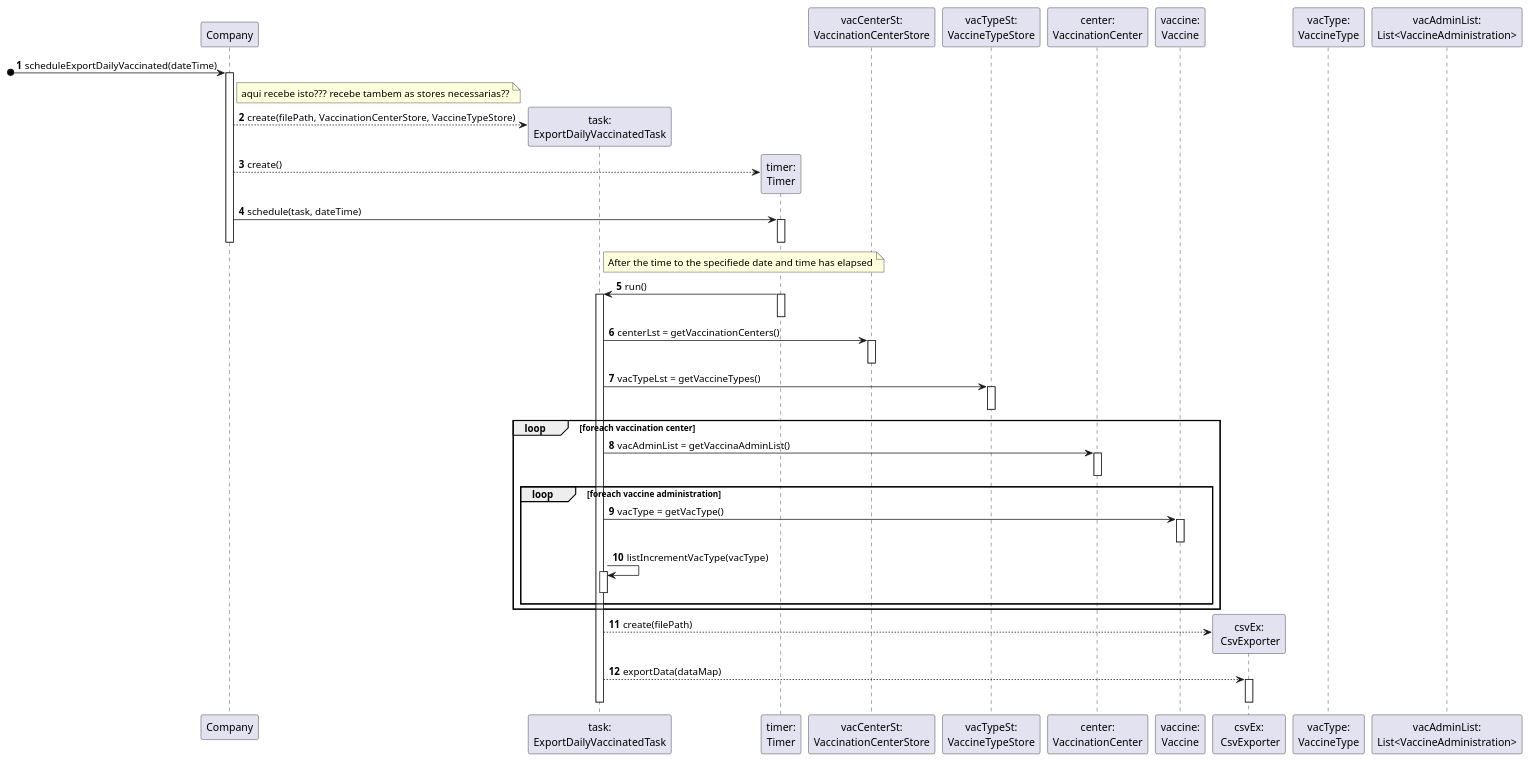
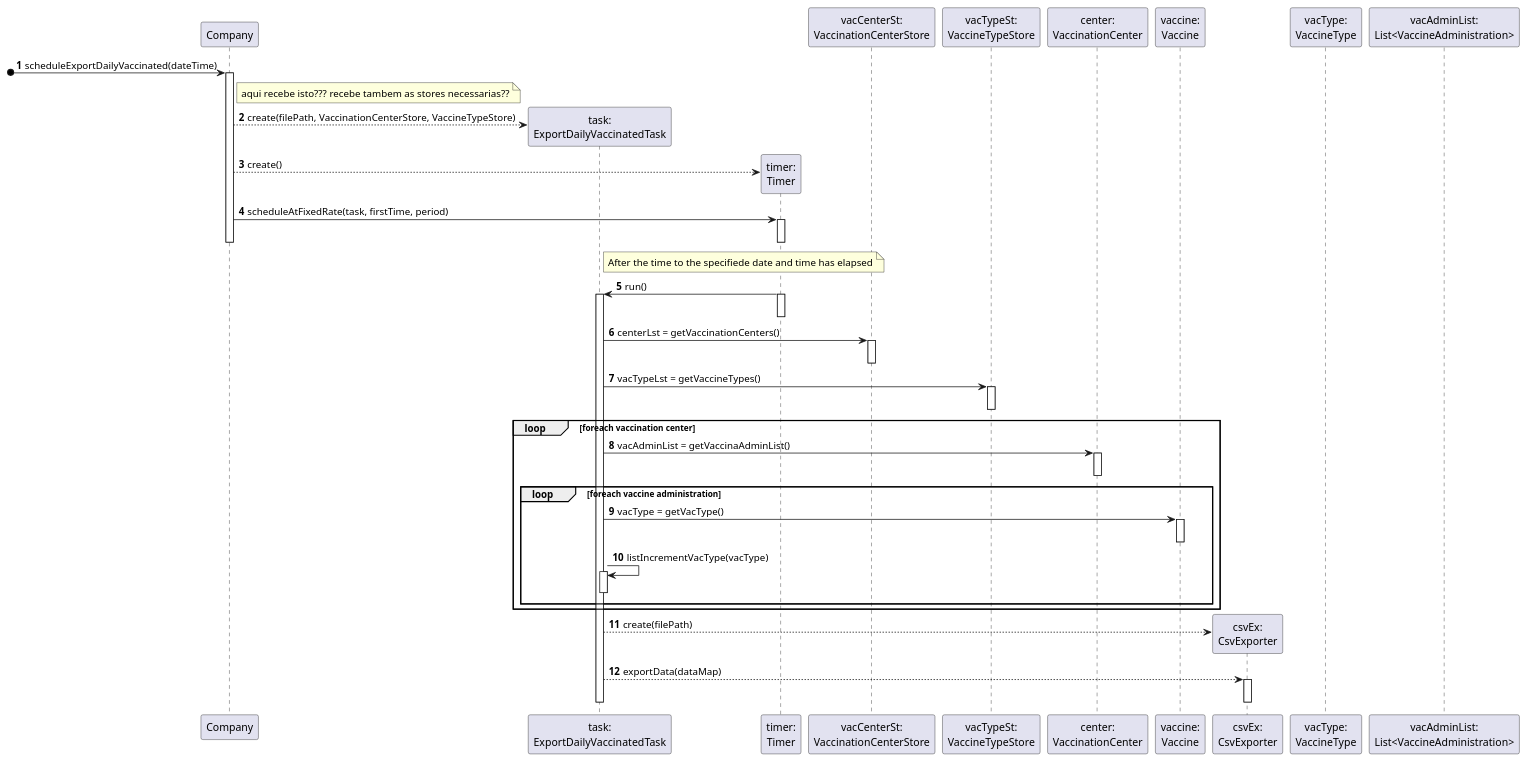
One commit to miseEnPlace-i/lapr2 changed the diagram in docs/SprintD/US06/SD/US06_SD.puml. Above: the diagram before and after it, drawn with PlantUML. The commit also changed 1 other file, not shown here.

```diff
--- a/docs/SprintD/US06/SD/US06_SD.puml
+++ b/docs/SprintD/US06/SD/US06_SD.puml
@@ -1,76 +1,76 @@
 @startuml
 autonumber
 'hide footbox
 
 participant "Company" as COMP
 participant "task:\nExportDailyVaccinatedTask" as TASK
 participant "timer:\nTimer" as TIMER
 participant "vacCenterSt:\nVaccinationCenterStore" as VCST
 participant "vacTypeSt:\nVaccineTypeStore" as VTST
 participant "center:\nVaccinationCenter" as CENTER
 participant "vaccine:\nVaccine" as VAC
-participant "csvEx:\n CsvExporter" as CSVEX
+participant "csvEx:\nCsvExporter" as CSVEX
 participant "vacType:\nVaccineType" as VACTYPE
 participant "vacAdminList:\nList<VaccineAdministration>" as VALST
 
 
 
     [o-> COMP : scheduleExportDailyVaccinated(dateTime)
     activate COMP
 
         note right of COMP
             aqui recebe isto??? recebe tambem as stores necessarias??
         end note 
         COMP --> TASK ** : create(filePath, VaccinationCenterStore, VaccineTypeStore)
 
         COMP --> TIMER ** : create()
 
-        COMP -> TIMER : schedule(task, dateTime)
+        COMP -> TIMER : scheduleAtFixedRate(task, firstTime, period)
         activate TIMER
         deactivate TIMER
 
         note right TASK 
             After the time to the specifiede date and time has elapsed
         end note 
         
     deactivate COMP
 
         TIMER -> TASK : run()
         activate TIMER
         deactivate TIMER
         activate TASK
             TASK -> VCST : centerLst = getVaccinationCenters()
             activate VCST
             deactivate VCST
 
             TASK -> VTST : vacTypeLst = getVaccineTypes()
             activate VTST
             deactivate VTST
 
             loop foreach vaccination center
                 TASK -> CENTER : vacAdminList = getVaccinaAdminList()
                 activate CENTER
                 deactivate CENTER
 
                 loop foreach vaccine administration
                     TASK -> VAC : vacType = getVacType()
                     activate VAC
                     deactivate VAC
 
                     TASK -> TASK : listIncrementVacType(vacType)
                     activate TASK
                     deactivate TASK
                 end
             end
 
             TASK --> CSVEX ** : create(filePath)
             TASK --> CSVEX : exportData(dataMap)
             activate CSVEX
             deactivate CSVEX
 
         deactivate TASK
 
 
 
 
 @enduml 
```
